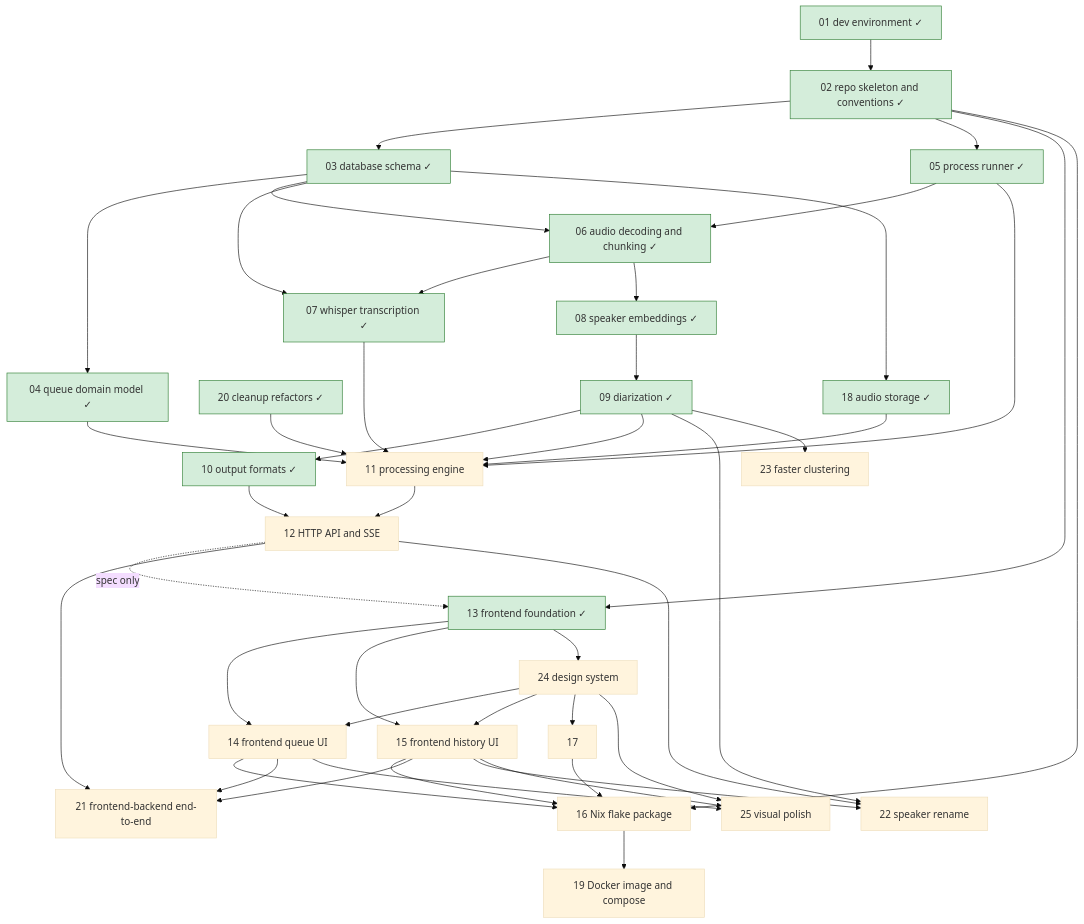
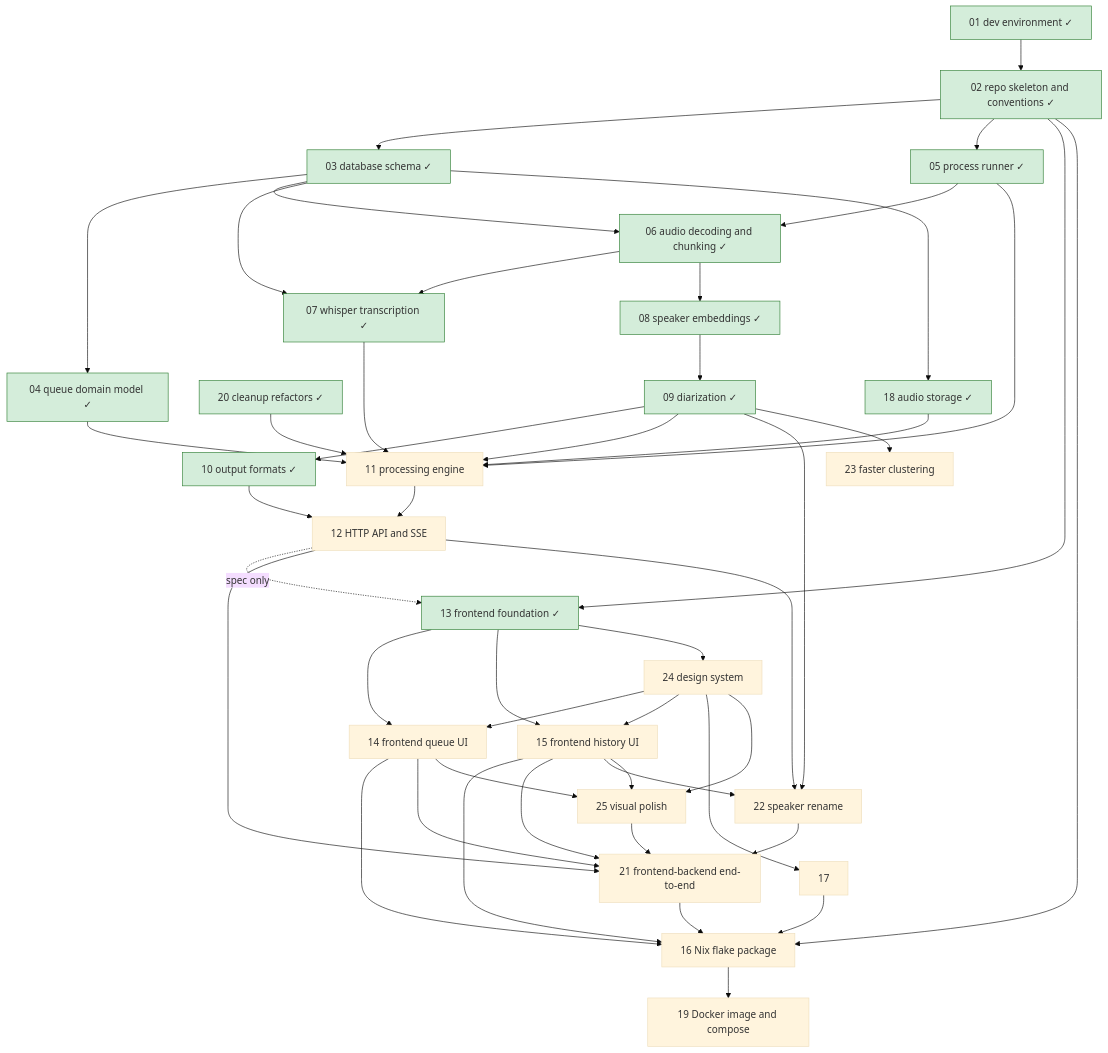
The diagram in roadmap/README.md (lulu-berlin/speech-to-text-app), drawn with Mermaid (base theme) before and after one commit. The commit also changed other lines of this file and 2 other files, not shown here.

````diff
--- a/roadmap/README.md
+++ b/roadmap/README.md
@@ -17,48 +17,51 @@
 ```mermaid
 graph TD
   01[01 dev environment ✓]:::done --> 02[02 repo skeleton and conventions ✓]:::done
   02 --> 03[03 database schema ✓]:::done
   03 --> 04[04 queue domain model ✓]:::done
   02 --> 05[05 process runner ✓]:::done
   05 --> 06[06 audio decoding and chunking ✓]:::done
   03 --> 06
   06 --> 07[07 whisper transcription ✓]:::done
   03 --> 07
   06 --> 08[08 speaker embeddings ✓]:::done
   08 --> 09[09 diarization ✓]:::done
   09 --> 10[10 output formats ✓]:::done
   04 --> 11[11 processing engine]
   05 --> 11
   07 --> 11
   09 --> 11
   03 --> 18[18 audio storage ✓]:::done
   18 --> 11
   20 --> 11
   11 --> 12[12 HTTP API and SSE]
   10 --> 12
   02 --> 13[13 frontend foundation ✓]:::done
   12 -. spec only .-> 13
   13 --> 14[14 frontend queue UI]
   13 --> 15[15 frontend history UI]
   02 --> 16[16 Nix flake package]
   14 --> 16
   15 --> 16
   17 --> 16
   16 --> 19[19 Docker image and compose]
   20[20 cleanup refactors ✓]:::done
   12 --> 21[21 frontend-backend end-to-end]
   14 --> 21
   15 --> 21
+  22 --> 21
+  25 --> 21
+  21 --> 16
   09 --> 22[22 speaker rename]
   12 --> 22
   15 --> 22
   09 --> 23[23 faster clustering]
   13 --> 24[24 design system]
   24 --> 14
   24 --> 15
   24 --> 17
   24 --> 25[25 visual polish]
   14 --> 25
   15 --> 25
   classDef done fill:#d4edda,stroke:#2e7d32
 ```
````
